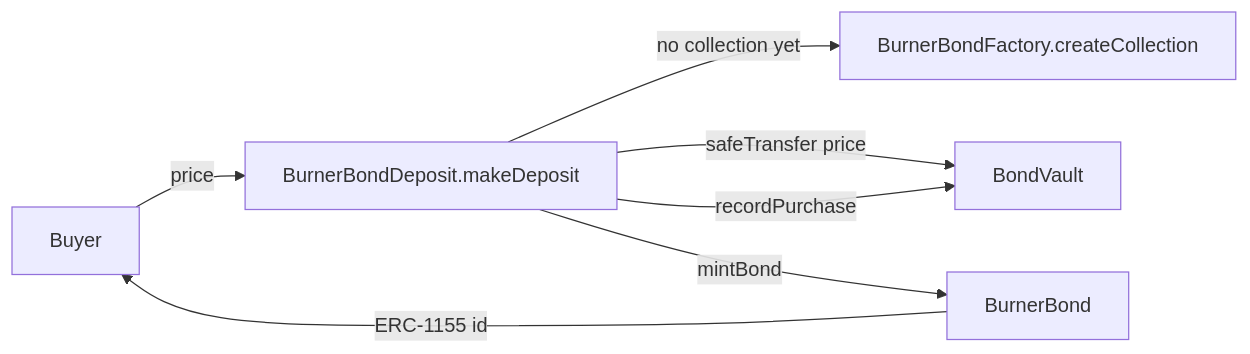
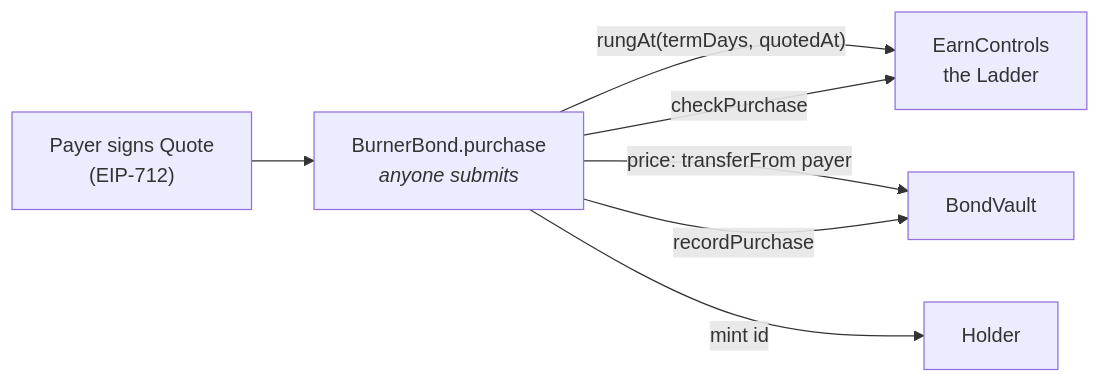
Before and after one commit to Deed3Labs/Protocol-Contracts: the first of 3 diagrams in docs/protocol/bonds.md, drawn with Mermaid. The commit also changed other lines of this file and 35 other files, not shown here.

````diff
--- a/docs/protocol/bonds.md
+++ b/docs/protocol/bonds.md
@@ -24,8 +38,9 @@
 ```mermaid
 flowchart LR
-  B["Buyer"] -->|"price"| D["BurnerBondDeposit.makeDeposit"]
-  D -->|"no collection yet"| F["BurnerBondFactory.createCollection"]
-  D -->|"safeTransfer price"| V["BondVault"]
-  D -->|"mintBond"| C["BurnerBond"] -->|"ERC-1155 id"| B
-  D -->|"recordPurchase"| V
+  P["Payer signs Quote<br/>(EIP-712)"] --> PU["BurnerBond.purchase<br/><i>anyone submits</i>"]
+  PU -->|"rungAt(termDays, quotedAt)"| L["EarnControls<br/>the Ladder"]
+  PU -->|"checkPurchase"| L
+  PU -->|"price: transferFrom payer"| V["BondVault"]
+  PU -->|"mint id"| H["Holder"]
+  PU -->|"recordPurchase"| V
 ```
````
